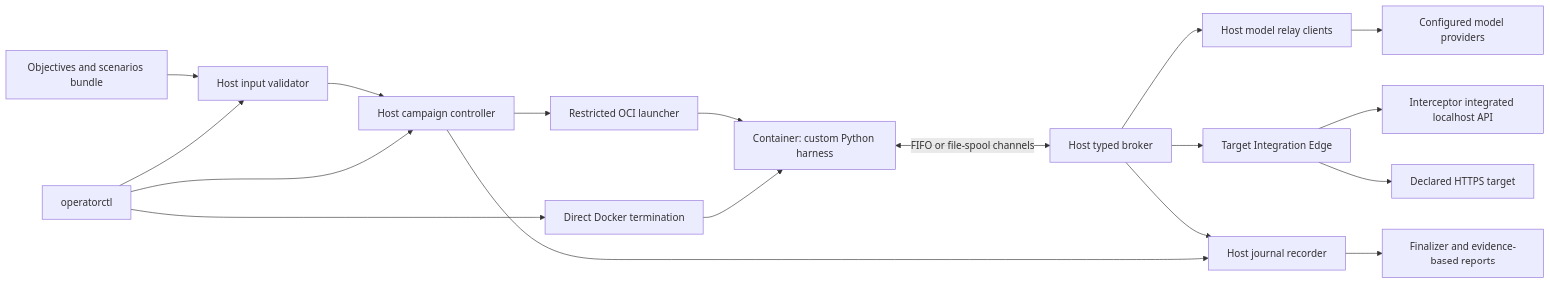
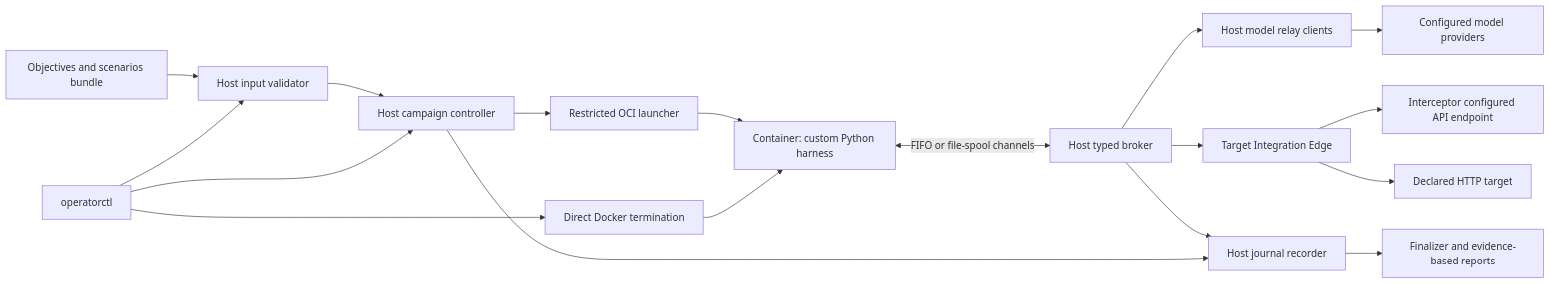
The diagram in OPERATOR_SANDBOX_SPEC.md (intrusiveai/operator_sandbox), drawn with Mermaid before and after one commit. The commit also changed other lines of this file and 68 other files, not shown here.

Commit message:
Configure Interceptor endpoints and support direct HTTP targets

````diff
--- a/OPERATOR_SANDBOX_SPEC.md
+++ b/OPERATOR_SANDBOX_SPEC.md
@@ -86,20 +86,20 @@
 ```mermaid
 flowchart LR
   Input[Objectives and scenarios bundle] --> V[Host input validator]
   CLI[operatorctl] --> V
   V --> C[Host campaign controller]
   CLI --> C
   C --> L[Restricted OCI launcher]
   L --> H[Container: custom Python harness]
   H <-->|FIFO or file-spool channels| B[Host typed broker]
   B --> M[Host model relay clients]
   M --> P[Configured model providers]
   B --> T[Target Integration Edge]
-  T --> I[Interceptor integrated localhost API]
-  T --> E[Declared HTTPS target]
+  T --> I[Interceptor configured API endpoint]
+  T --> E[Declared HTTP target]
   B --> A[Host journal recorder]
   C --> A
   CLI --> D[Direct Docker termination]
   D --> H
   A --> F[Finalizer and evidence-based reports]
 ```
````
